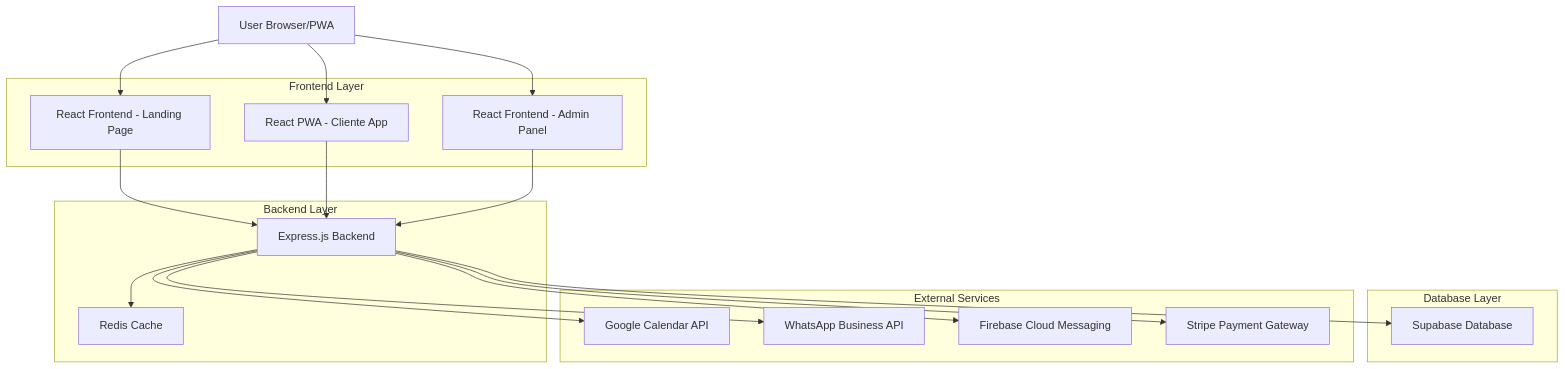
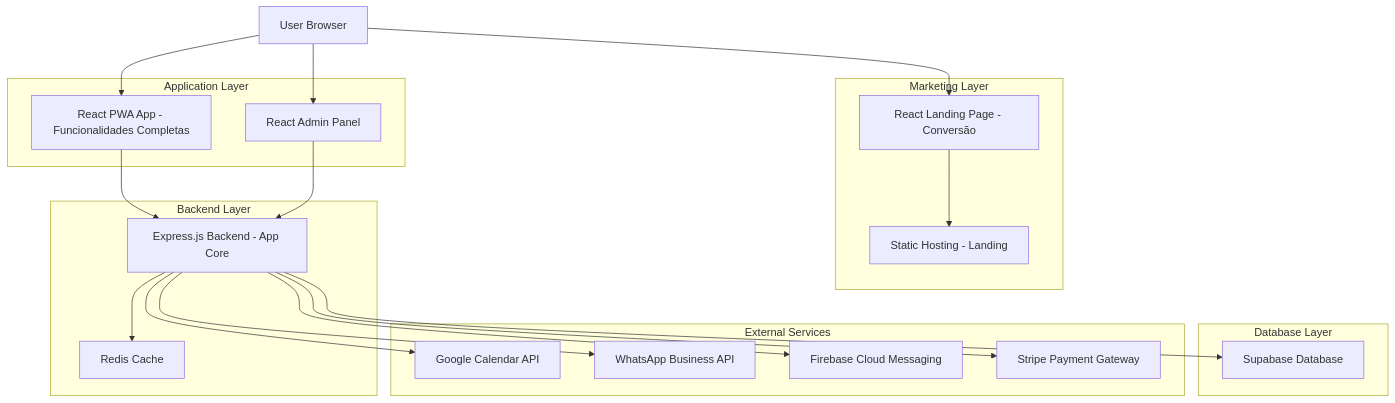
The first of 3 diagrams in lanpage-barbearia/.trae/documents/sistema-barbearia-arquitetura.md (ToninhoDS/LandingPage), drawn with Mermaid before and after one commit. The commit also changed other lines of this file and 135 other files, not shown here.

````diff
--- a/lanpage-barbearia/.trae/documents/sistema-barbearia-arquitetura.md
+++ b/lanpage-barbearia/.trae/documents/sistema-barbearia-arquitetura.md
@@ -5,39 +5,43 @@
 ```mermaid
 graph TD
-    A[User Browser/PWA] --> B[React Frontend - Landing Page]
-    A --> C[React PWA - Cliente App]
-    A --> D[React Frontend - Admin Panel]
+    A[User Browser] --> B[React Landing Page - Conversão]
+    A --> C[React PWA App - Funcionalidades Completas]
+    A --> D[React Admin Panel]
     
-    B --> E[Express.js Backend]
-    C --> E
-    D --> E
+    B --> E[Static Hosting - Landing]
+    C --> F[Express.js Backend - App Core]
+    D --> F
     
-    E --> F[Supabase Database]
-    E --> G[Google Calendar API]
-    E --> H[WhatsApp Business API]
-    E --> I[Firebase Cloud Messaging]
-    E --> J[Stripe Payment Gateway]
-    E --> K[Redis Cache]
+    F --> G[Supabase Database]
+    F --> H[Google Calendar API]
+    F --> I[WhatsApp Business API]
+    F --> J[Firebase Cloud Messaging]
+    F --> K[Stripe Payment Gateway]
+    F --> L[Redis Cache]
 
-    subgraph "Frontend Layer"
+    subgraph "Marketing Layer"
         B
+        E
+    end
+
+    subgraph "Application Layer"
         C
         D
     end
 
     subgraph "Backend Layer"
-        E
-        K
+        F
+        L
     end
 
     subgraph "Database Layer"
-        F
+        G
     end
 
     subgraph "External Services"
-        G
         H
         I
         J
+        K
     end
 ```
````
